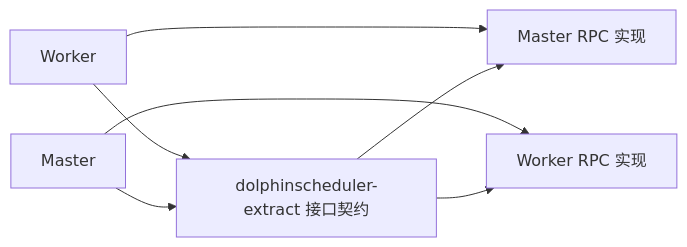
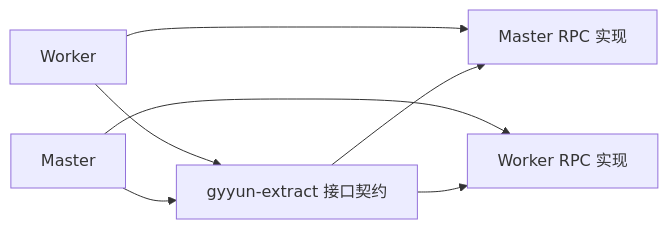
Before and after one commit to doublespring168/dolphinscheduler: the tenth of 12 diagrams in 教程/3-架构模式.md, drawn with Mermaid. The commit also changed other lines of this file and 7066 other files, not shown here.

````diff
--- a/教程/3-架构模式.md
+++ b/教程/3-架构模式.md
@@ -524,9 +524,9 @@
 ```mermaid
 flowchart LR
-  Extract["dolphinscheduler-extract 接口契约"] --> MasterRpc["Master RPC 实现"]
+  Extract["gyyun-extract 接口契约"] --> MasterRpc["Master RPC 实现"]
   Extract --> WorkerRpc["Worker RPC 实现"]
   Master["Master"] --> Extract
   Worker["Worker"] --> Extract
   Master --> WorkerRpc
   Worker --> MasterRpc
 ```
````
